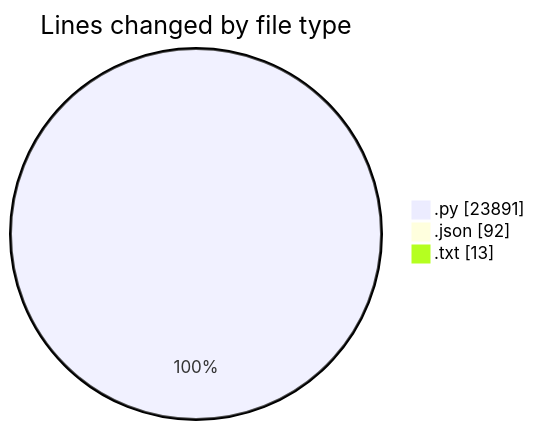
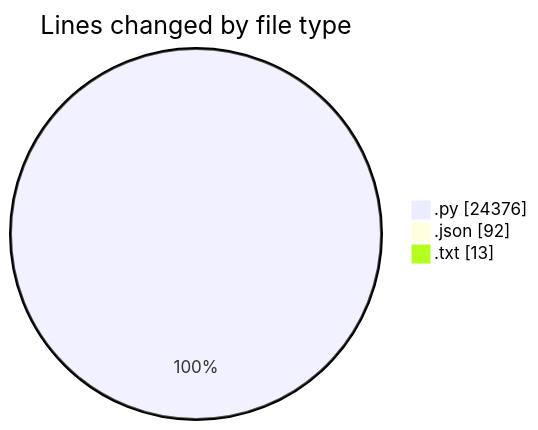
The first of 2 diagrams in 2025-07-13/telebot/README.md (jrari/code-tracking), drawn with Mermaid before and after one commit. The commit also changed other lines of this file and 1 other file, not shown here.

````diff
--- a/2025-07-13/telebot/README.md
+++ b/2025-07-13/telebot/README.md
@@ -59,7 +60,7 @@
 ```mermaid
 pie showData
 title Lines changed by file type
-".py" : 23891
+".py" : 24376
 ".json" : 92
 ".txt" : 13
 ```
````
